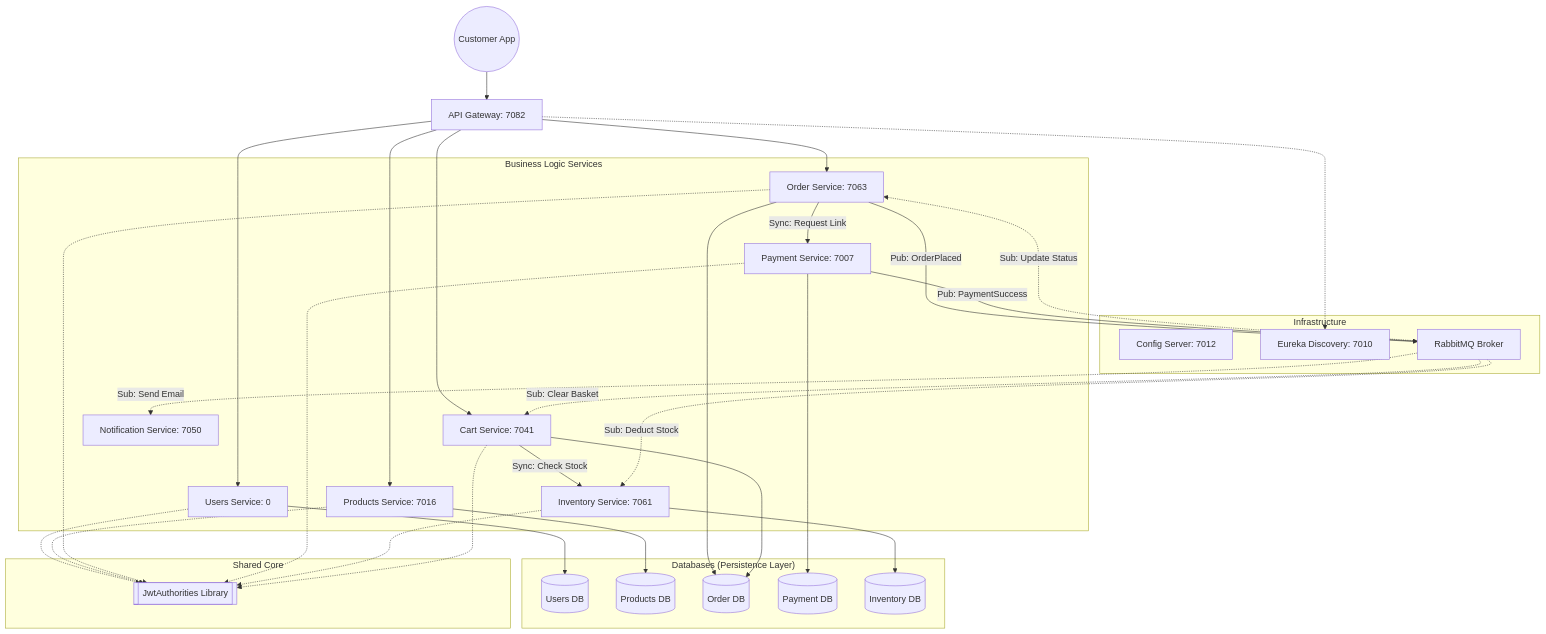
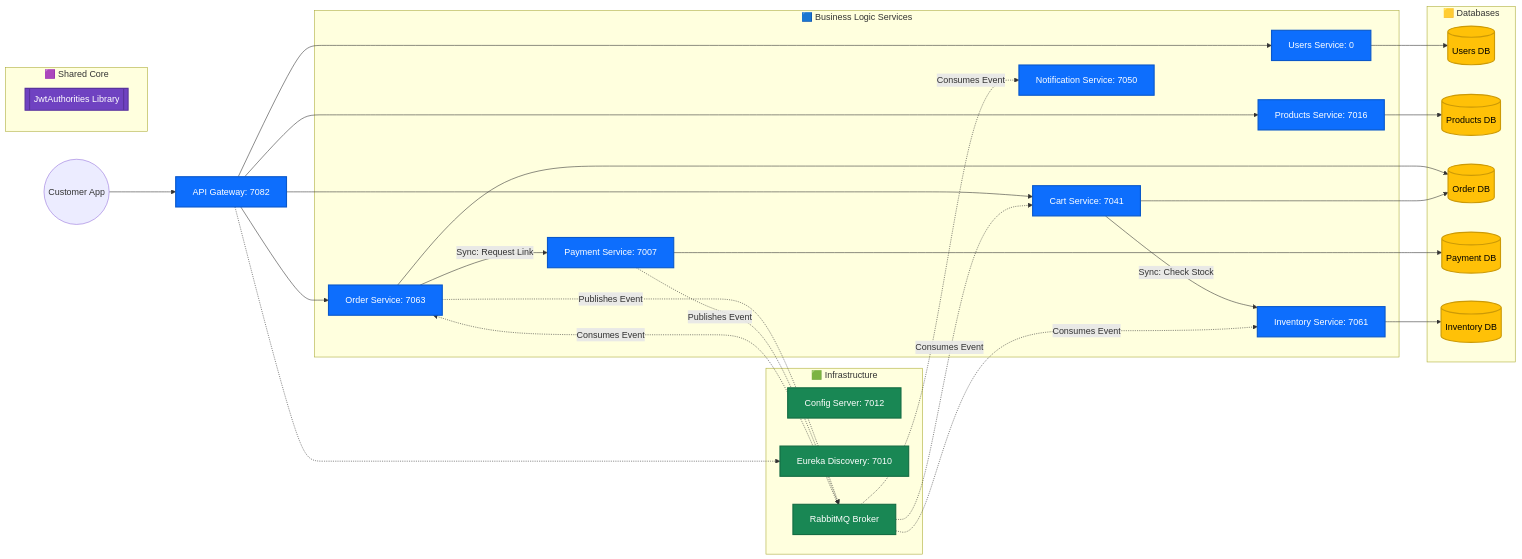
One commit to Mayorman07/Micromart changed the diagram in README.md. Above: the diagram before and after it, drawn with Mermaid. The commit also changed other lines of this file, not shown here.

Commit message:
docs: implement color-coded typography in architecture diagram for enhanced readability

````diff
--- a/README.md
+++ b/README.md
@@ -16,58 +16,62 @@
 ```mermaid
-graph TD
+graph LR
+    %% Color Styling Definitions
+    classDef business fill:#0d6efd,color:#fff,stroke:#0a58ca,stroke-width:2px;
+    classDef infra fill:#198754,color:#fff,stroke:#146c43,stroke-width:2px;
+    classDef database fill:#ffc107,color:#000,stroke:#cc9a06,stroke-width:2px;
+    classDef shared fill:#6f42c1,color:#fff,stroke:#59339d,stroke-width:2px;
+
     Client((Customer App)) --> Gateway[API Gateway: 7082]
+    class Gateway business
     
-    subgraph "Infrastructure"
+    subgraph "🟩 Infrastructure"
         Config[Config Server: 7012]
         Eureka[Eureka Discovery: 7010]
         Rabbit[RabbitMQ Broker]
     end
+    class Config,Eureka,Rabbit infra
 
-    subgraph "Business Logic Services"
+    subgraph "🟦 Business Logic Services"
         Users[Users Service: 0]
         Products[Products Service: 7016]
         Cart[Cart Service: 7041]
         Order[Order Service: 7063]
         Inventory[Inventory Service: 7061]
         Payment[Payment Service: 7007]
         Notification[Notification Service: 7050]
     end
+    class Users,Products,Cart,Order,Inventory,Payment,Notification business
 
-    subgraph "Databases (Persistence Layer)"
+    subgraph "🟨 Databases"
         UsersDB[(Users DB)]
         ProductsDB[(Products DB)]
         OrderDB[(Order DB)]
         PaymentDB[(Payment DB)]
         InventoryDB[(Inventory DB)]
     end
+    class UsersDB,ProductsDB,OrderDB,PaymentDB,InventoryDB database
 
-    subgraph "Shared Core"
+    subgraph "🟪 Shared Core"
         JWT[[JwtAuthorities Library]]
     end
+    class JWT shared
 
-    %% Infrastructure & Security
+    %% Network & Sync Routing
     Gateway -.-> Eureka
-    Users & Products & Order & Payment & Inventory & Cart -.-> JWT
+    Gateway --> Users & Products & Cart & Order
+    Cart -->|Sync: Check Stock| Inventory
+    Order -->|Sync: Request Link| Payment
 
-    %% Synchronous REST Flow
-    Gateway --> Users & Products & Cart & Order
-    Cart -- "Sync: Check Stock" --> Inventory
-    Order -- "Sync: Request Link" --> Payment
-
-    %% Asynchronous RabbitMQ Flow
-    Order -- "Pub: OrderPlaced" --> Rabbit
-    Payment -- "Pub: PaymentSuccess" --> Rabbit
-    
-    Rabbit -. "Sub: Update Status" .-> Order
-    Rabbit -. "Sub: Deduct Stock" .-> Inventory
-    Rabbit -. "Sub: Clear Basket" .-> Cart
-    Rabbit -. "Sub: Send Email" .-> Notification
+    %% Async RabbitMQ Flow
+    Order -.->|Publishes Event| Rabbit
+    Payment -.->|Publishes Event| Rabbit
+    Rabbit -.->|Consumes Event| Inventory & Cart & Notification & Order
 
     %% Database Connections
     Users --> UsersDB
     Products --> ProductsDB
     Order --> OrderDB
     Payment --> PaymentDB
     Inventory --> InventoryDB
     Cart --> OrderDB
 ```
````
